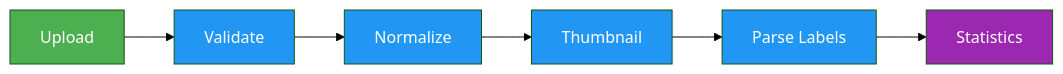
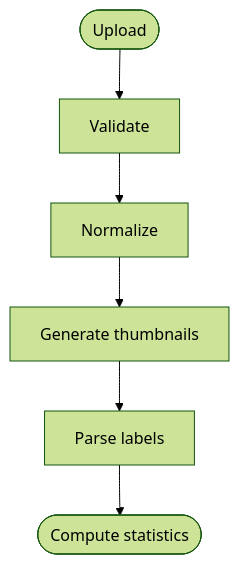
The first of 2 diagrams in docs/en/platform/data/datasets.md (ultralytics/ultralytics), drawn with Mermaid (forest theme) before and after one commit. The commit also changed other lines of this file and 20 other files, not shown here.

Commit message:
Migrate docs Mermaid diagrams to the unified design system (#26573)

````diff
--- a/docs/en/platform/data/datasets.md
+++ b/docs/en/platform/data/datasets.md
@@ -312,12 +312,8 @@
 ```mermaid
-graph LR
-    A[Upload]:::start --> B[Validate]:::proc
-    B --> C[Normalize]:::proc
-    C --> D[Thumbnail]:::proc
-    D --> E[Parse Labels]:::proc
-    E --> F[Statistics]:::out
-
-    classDef start fill:#4CAF50,color:#fff
-    classDef proc fill:#2196F3,color:#fff
-    classDef out fill:#9C27B0,color:#fff
+flowchart TD
+    A([Upload]) --> B[Validate]
+    B --> C[Normalize]
+    C --> D[Generate thumbnails]
+    D --> E[Parse labels]
+    E --> F([Compute statistics])
 ```
````
